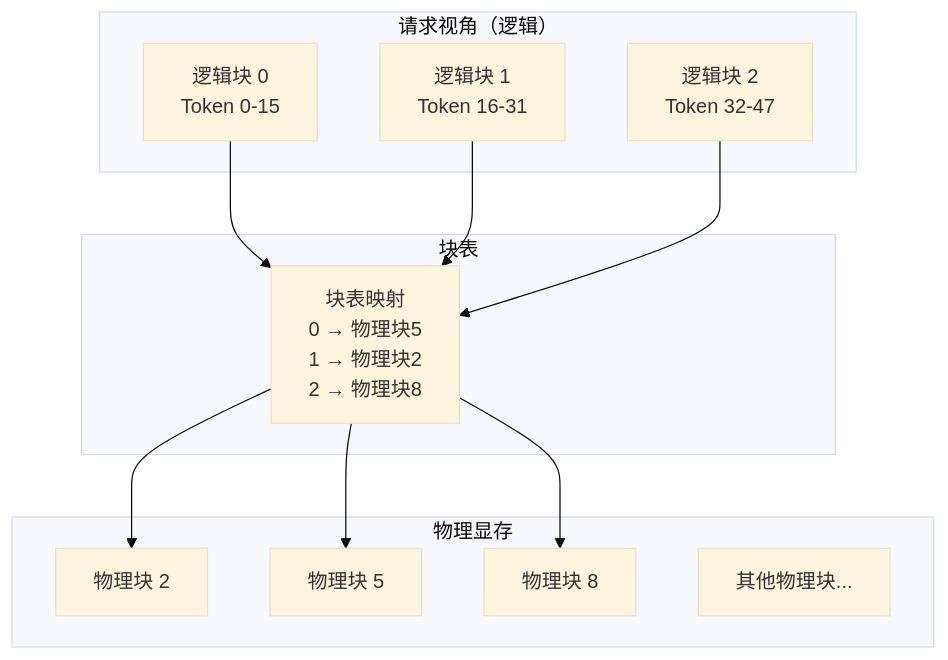
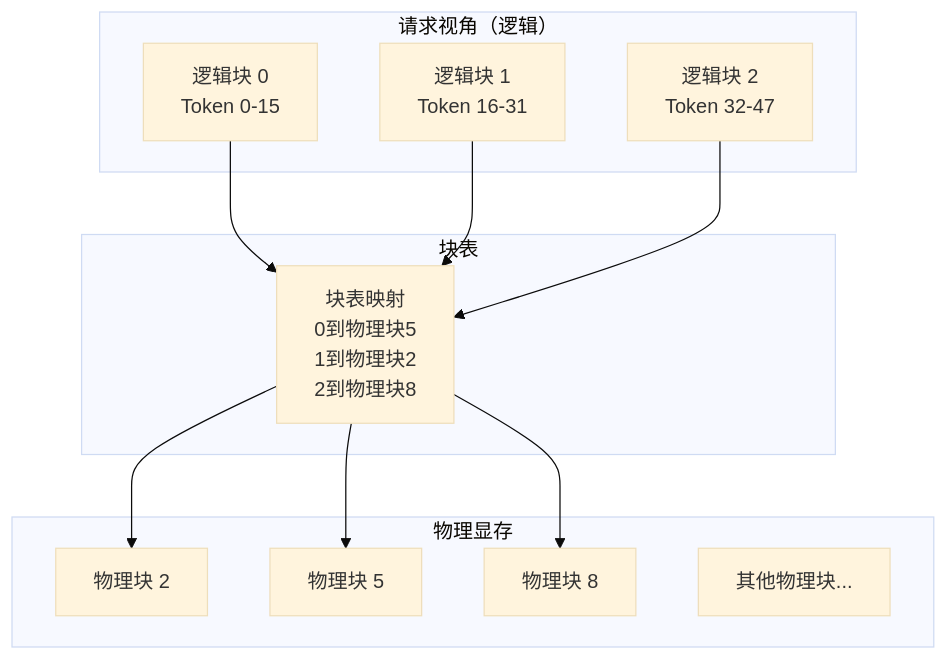
One commit to Xunzhuo/mini-sglang changed the second of 7 diagrams in learning/website/docs/basics/16-memory-management.md. Above: the diagram before and after it, drawn with Mermaid (base theme). The commit also changed other lines of this file and 6 other files, not shown here.

````diff
--- a/learning/website/docs/basics/16-memory-management.md
+++ b/learning/website/docs/basics/16-memory-management.md
@@ -142,26 +142,26 @@
 ```mermaid
 graph TB
     subgraph "请求视角（逻辑）"
         L1[逻辑块 0<br/>Token 0-15]
         L2[逻辑块 1<br/>Token 16-31]
         L3[逻辑块 2<br/>Token 32-47]
     end
     
     subgraph "块表"
-        BT[块表映射<br/>0 → 物理块5<br/>1 → 物理块2<br/>2 → 物理块8]
+        BT[块表映射<br/>0到物理块5<br/>1到物理块2<br/>2到物理块8]
     end
     
     subgraph "物理显存"
         P2[物理块 2]
         P5[物理块 5]  
         P8[物理块 8]
         PX[其他物理块...]
     end
     
     L1 --> BT
     L2 --> BT  
     L3 --> BT
     BT --> P5
     BT --> P2
     BT --> P8
 ```
````
